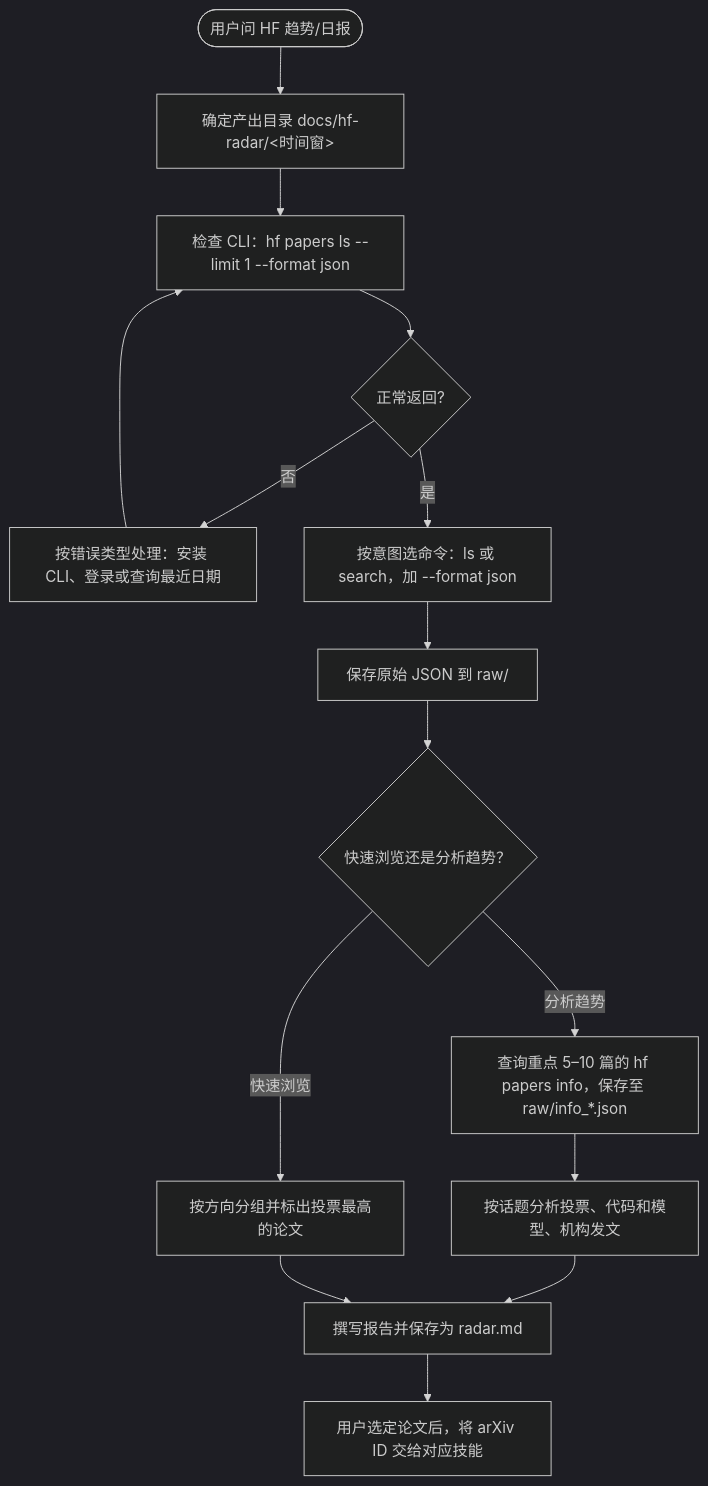
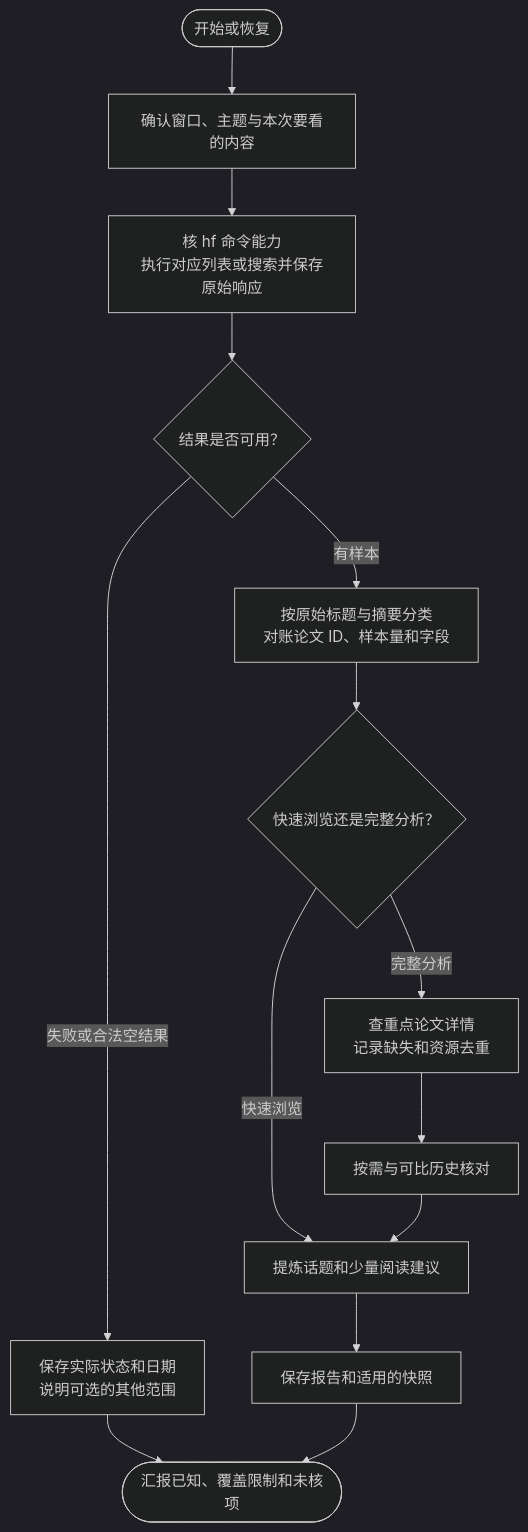
One commit to jackwang0108/dl-assistant changed the second of 2 diagrams in plugins/dl-assistant/skills/hf-trending-papers/SKILL.md. Above: the diagram before and after it, drawn with Mermaid (dark theme). The commit also changed other lines of this file and 5 other files, not shown here.

````diff
--- a/plugins/dl-assistant/skills/hf-trending-papers/SKILL.md
+++ b/plugins/dl-assistant/skills/hf-trending-papers/SKILL.md
@@ -34,17 +42,16 @@
 ```mermaid
 flowchart TD
-    A(["用户问 HF 趋势/日报"]) --> B["确定产出目录 docs/hf-radar/<时间窗>"]
-    B --> C["检查 CLI：hf papers ls --limit 1 --format json"]
-    C --> D{正常返回?}
-    D -->|否| E["按错误类型处理：安装 CLI、登录或查询最近日期"]
-    E --> C
-    D -->|是| F["按意图选命令：ls 或 search，加 --format json"]
-    F --> G["保存原始 JSON 到 raw/"]
-    G --> H{快速浏览还是分析趋势？}
-    H -->|快速浏览| I["按方向分组并标出投票最高的论文"]
-    H -->|分析趋势| J["查询重点 5–10 篇的 hf papers info，保存至 raw/info_*.json"]
-    J --> K["按话题分析投票、代码和模型、机构发文"]
-    K --> L["撰写报告并保存为 radar.md"]
-    I --> L
-    L --> M["用户选定论文后，将 arXiv ID 交给对应技能"]
+    S(["开始或恢复"]) --> Q["确认窗口、主题与本次要看的内容"]
+    Q --> C["核 hf 命令能力<br/>执行对应列表或搜索并保存原始响应"]
+    C --> J{"结果是否可用？"}
+    J -->|"失败或合法空结果"| E["保存实际状态和日期<br/>说明可选的其他范围"]
+    J -->|"有样本"| A["按原始标题与摘要分类<br/>对账论文 ID、样本量和字段"]
+    A --> M{"快速浏览还是完整分析？"}
+    M -->|"快速浏览"| F["提炼话题和少量阅读建议"]
+    M -->|"完整分析"| D["查重点论文详情<br/>记录缺失和资源去重"]
+    D --> T["按需与可比历史核对"]
+    T --> F
+    F --> O["保存报告和适用的快照"]
+    E --> H(["汇报已知、覆盖限制和未核项"])
+    O --> H
 ```
````
